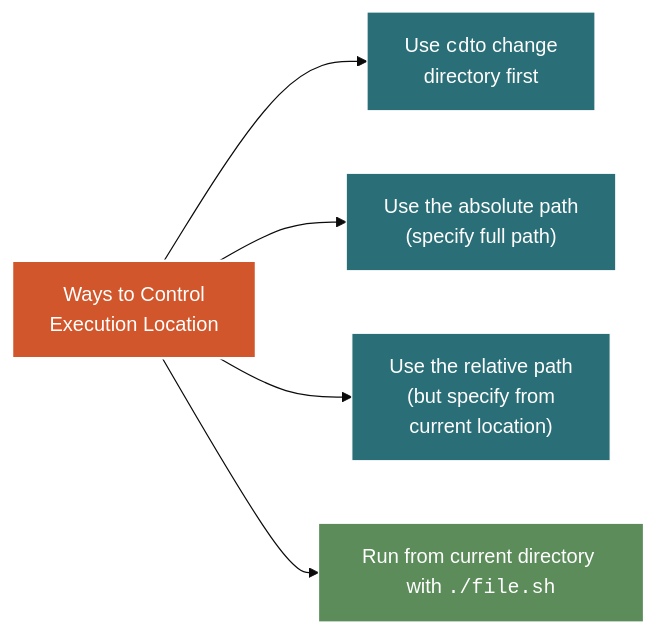
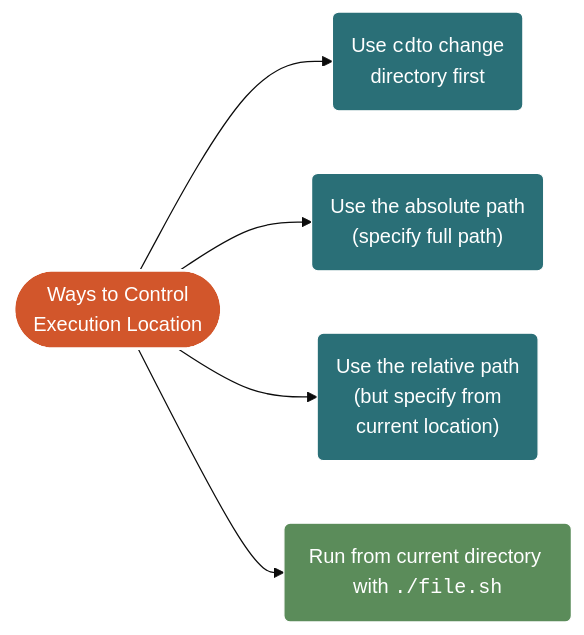
One commit to mjfrigaard/do4ds-labs changed the third of 4 diagrams in lab09.qmd. Above: the diagram before and after it, drawn with Mermaid. The commit also changed other lines of this file and 69 other files, not shown here.

Commit message:
style review fixes; mermaid look; lab07 model scripts and workflow deps

````diff
--- a/lab09.qmd
+++ b/lab09.qmd
@@ -108,25 +110,25 @@
 ```{mermaid}
 %%| fig-cap: 'Ways to Control Execution Location'
 %%| fig-width: 8.0
 %%| fig-align: 'center'
-%%{init: {'theme': 'base', 'themeVariables': {'fontFamily': 'monospace'}}}%%
+%%{init: {'theme': 'base', 'look': 'classic', 'themeVariables': {'fontFamily': 'monospace'}}}%%
 
 graph LR
-    Control["Ways to Control<br>Execution Location"]
+    Control(["Ways to Control<br>Execution Location"])
 
-    CD["Use <code>cd</code>to change<br>directory first"]
-    ABS["Use the absolute path<br/>(specify full path)"]
-    REL["Use the relative path<br/>(but specify from<br>current location)"]
-    Dot["Run from current directory with <code>./file.sh</code>"]
+    CD("Use <code>cd</code>to change<br>directory first")
+    ABS("Use the absolute path<br/>(specify full path)")
+    REL("Use the relative path<br/>(but specify from<br>current location)")
+    Dot("Run from current directory with <code>./file.sh</code>")
 
     Control --> CD
     Control --> ABS
     Control --> REL
     Control --> Dot
 
     style Control fill:#d2562b,stroke:#fff,stroke-width:2px,color:#fff
     style CD fill:#2a6f77,stroke:#fff,stroke-width:1px,color:#fff
     style ABS fill:#2a6f77,stroke:#fff,stroke-width:1px,color:#fff
     style REL fill:#2a6f77,stroke:#fff,stroke-width:1px,color:#fff
     style Dot fill:#5b8c5a,stroke:#fff,stroke-width:1px,color:#fff
 ```
````
